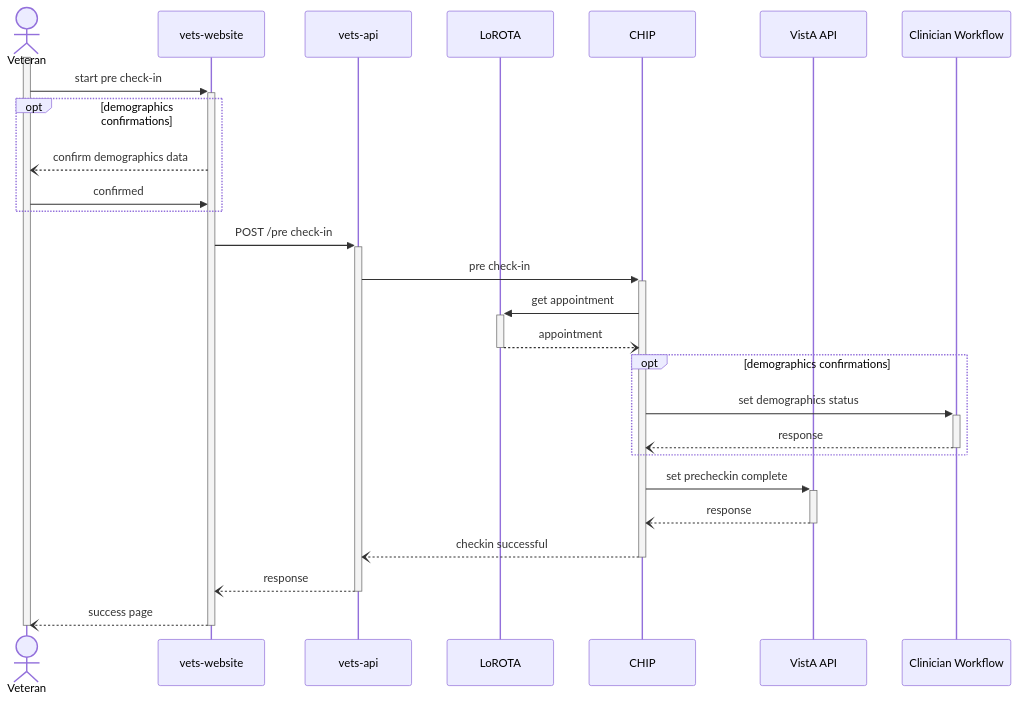
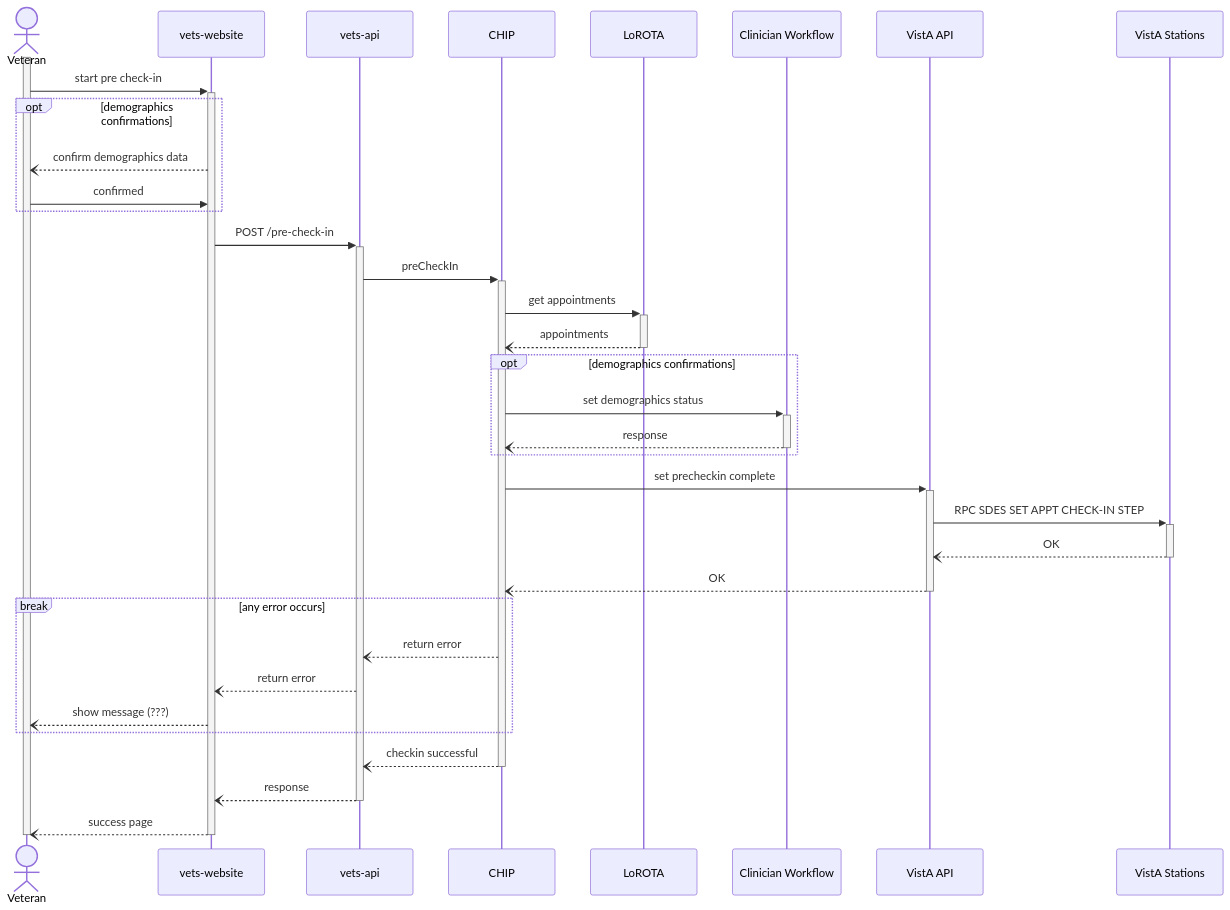
One commit to department-of-veterans-affairs/va.gov-team changed the sixth of 6 diagrams in products/health-care/checkin/engineering/architecture-diagrams/sequenceDiagram_preCheckInExp.md. Above: the diagram before and after it, drawn with Mermaid. The commit also changed other lines of this file, not shown here.

````diff
--- a/products/health-care/checkin/engineering/architecture-diagrams/sequenceDiagram_preCheckInExp.md
+++ b/products/health-care/checkin/engineering/architecture-diagrams/sequenceDiagram_preCheckInExp.md
@@ -244,31 +245,49 @@
 ```mermaid
 sequenceDiagram
-    actor vet as Veteran
-    participant web as vets-website
-    participant api as vets-api
-    participant l as LoROTA
-    participant c as CHIP
-    participant va as VistA API
-    participant cw as Clinician Workflow
+  actor vet as Veteran
 
-    activate vet
-    vet->>+web: start pre check-in
-    opt demographics confirmations
-        web--)vet: confirm demographics data
-        vet->>web: confirmed
-    end
-    web->>+api: POST /pre check-in
-    api->>+c: pre check-in
-    c->>+l: get appointment
-    l--)-c: appointment
-    opt demographics confirmations
-        c->>+cw: set demographics status
-        cw--)-c: response
-    end
-    c->>+va: set precheckin complete
-    va--)-c: response
-    c--)-api: checkin successful
-    api--)-web: response
-    web--)-vet: success page
-    deactivate vet
+  participant web as vets-website
+  participant api as vets-api
+  participant c as CHIP
+  participant l as LoROTA
+  participant cw as Clinician Workflow
+  participant va as VistA API
+  participant val as VistA Stations
+
+  activate vet
+
+  vet->>+web: start pre check-in
+
+  opt demographics confirmations
+    web--)vet: confirm demographics data
+    vet->>web: confirmed
+  end
+
+  web->>+api: POST /pre-check-in
+  api->>+c: preCheckIn
+
+  c->>+l: get appointments
+  l--)-c: appointments
+
+  opt demographics confirmations
+    c->>+cw: set demographics status
+    cw--)-c: response
+  end
+
+  c->>+va: set precheckin complete
+  va->>+val: RPC SDES SET APPT CHECK-IN STEP
+  val--)-va: OK
+  va--)-c: OK
+
+  break any error occurs
+    c--)api: return error
+    api--)web: return error
+    web--)vet: show message (???)
+  end
+
+  c--)-api: checkin successful
+  api--)-web: response
+  web--)-vet: success page
+
+  deactivate vet
 ```
````
